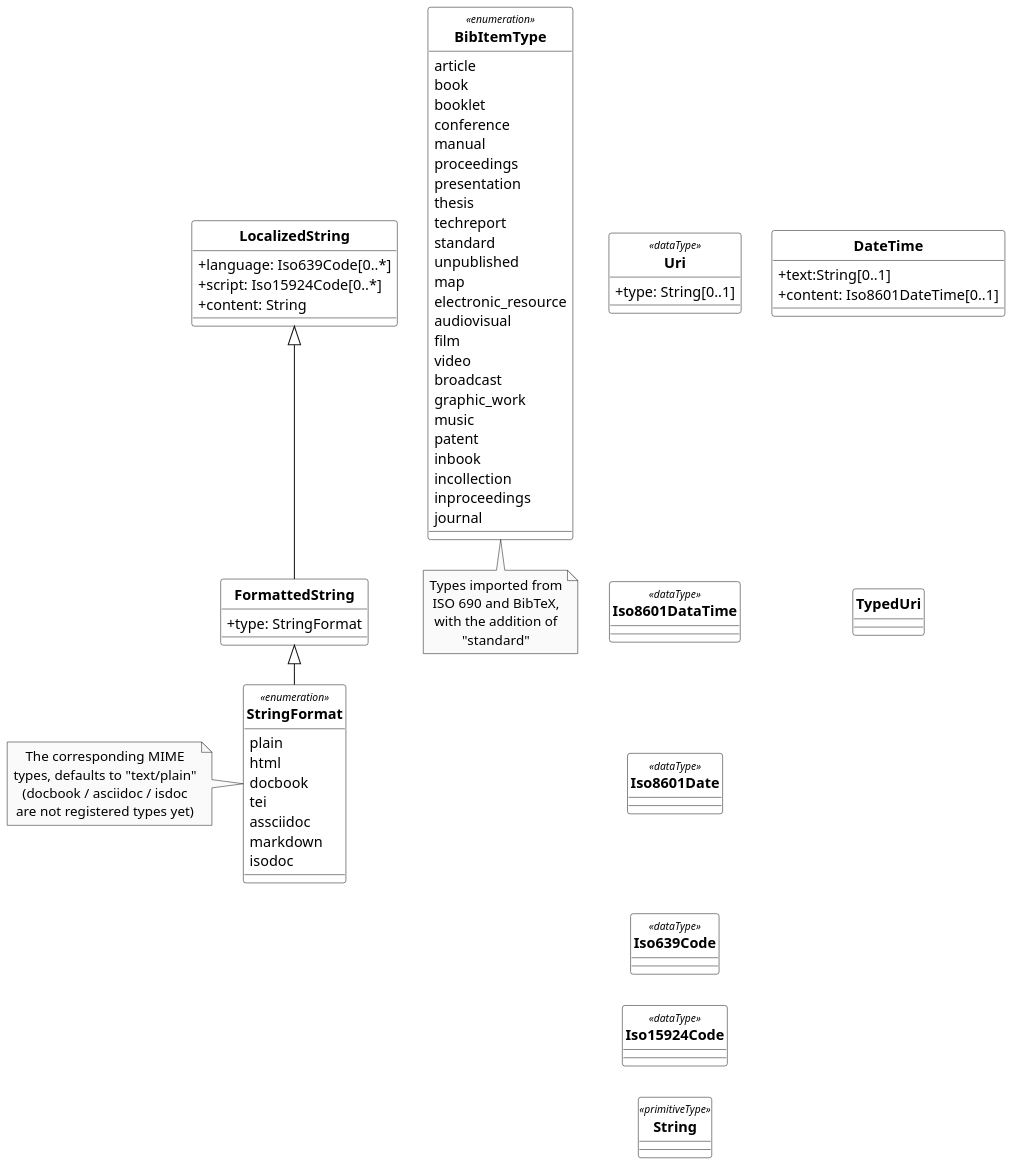
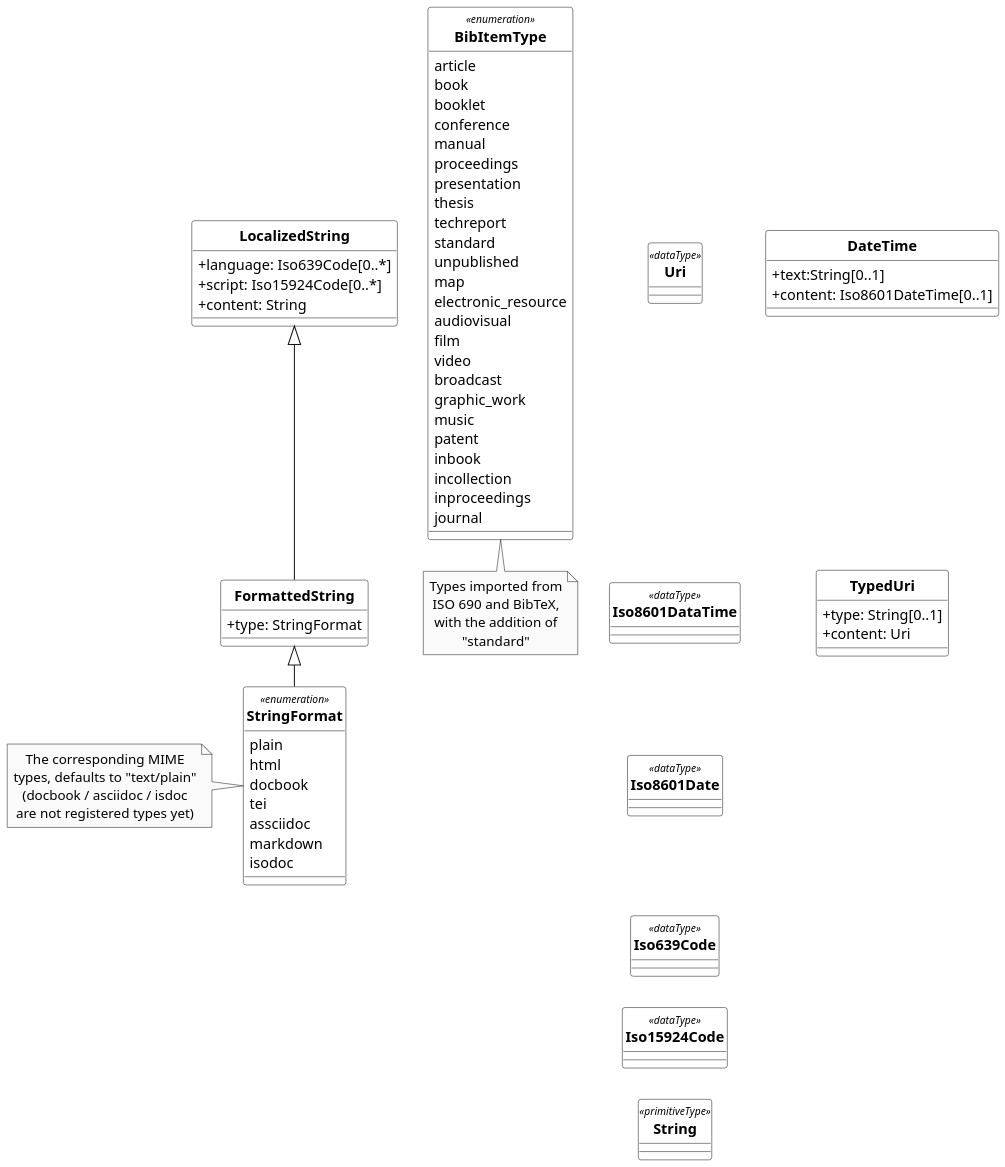
The diagram in models/RelBib_DataTypes.wsd (relaton/relaton-models), drawn with PlantUML before and after one commit. The commit also changed 27 other files, not shown here.

```diff
--- a/models/RelBib_DataTypes.wsd
+++ b/models/RelBib_DataTypes.wsd
@@ -1,178 +1,178 @@
 @startuml RelBib_DataTypes
 /'
 Diagram:        RelBib_Series
 DateCreate:     30/08/2018
 Description:    These bibliographic models are developed to consolidate and standardize the data models used for bibliographic and citation purposes.
                 These models are meant to be fully compatible with ISO 690 and ISO TC 46’s (and SC 4, SC 9) work on bibliography.
                 They are used extensively in the following projects as containers for bibliographic data management and for managing document metadata:
 
                 - ISO Standards
                 - CSD Standards
                 - Chinese Standards (GB and family)
                 - ISO bibliography gem
 
                 Below are the UML diagrams.
                 The document models are expressed as UML and as RelaxNG Compact (RNC) grammars; see discussion under Grammars. This repository contains the RNC grammars for the base BibliographicItem model, Citation model and the Contributor model.
                 The document models are currently used by IsoDoc-based authoring tools for standards, which convert Asciidoctor source to XML representations of the document models, and validate the XML generated against the RNC schemas:
 
                 - https://github.com/riboseinc/asciidoctor-iso
                 - https://github.com/riboseinc/asciidoctor-csd
                 - https://github.com/riboseinc/asciidoctor-gb
 
                 They are also used by tools that render those XML representations of the document models, into HTML and Microsoft Word:
 
                 - https://github.com/riboseinc/isodoc
                 - https://github.com/riboseinc/asciidoctor-csd (inheriting from isodoc)
                 - https://github.com/riboseinc/asciidoctor-gb (inheriting from isodoc)
 
 Hystory of changes:
 > DD/MM/YYYY
     -
     -
 '/
 
 '******* CONFIGURATION ************************************************
 top to bottom direction
 skinparam classAttributeIconSize 0
 skinparam Dpi 150
 skinparam Monochrome true
 skinparam LineType ortho
 skinparam nodesep 30
 skinparam ranksep 30
 hide circle
 /' skinparam CircledCharacterRadius 0 '/
 /' skinparam CircledCharacterFontSize 0 '/
 skinparam Default {
 TextAlignment center
 FontName Helvetica
 }
 skinparam Class {
 AttributeIconSize 0
 BackgroundColor White
 FontStyle bold
 StereotypeFontSize 10
 }
 skinparam Rectangle {
 BackgroundColor White
 FontStyle bold
 FontSize 11
 StereotypeFontSize 10
 }
 skinparam Object {
 BackgroundColor White
 FontStyle bold
 FontSize 11
 StereotypeFontSize 10
 }
 skinparam Entity {
 StereotypeFontSize 10
 }
 
 '******* CLASS DEFINITION *********************************************
 
 together {
 
     class Uri <<dataType>> {
-        +type: String[0..1]
     }
 
     class Iso8601DataTime <<dataType>> {
 
     }
 
     class Iso8601Date <<dataType>> {
 
     }
 
     class Iso639Code <<dataType>> {
 
     }
 
     class Iso15924Code <<dataType>> {
 
     }
 
     class String <<primitiveType>> {
 
     }
 
 }
 
 together {
 
     class DateTime{
         +text:String[0..1]
         +content: Iso8601DateTime[0..1]
     }
 
     class TypedUri{
-
+        +type: String[0..1]
+        +content: Uri
     }
 
 
 }
 
 class LocalizedString{
     +language: Iso639Code[0..*]
     +script: Iso15924Code[0..*]
     +content: String
 }
 
 
 class FormattedString{
     +type: StringFormat
 }
 
 enum StringFormat <<enumeration>>{
     plain
     html
     docbook
     tei
     assciidoc
     markdown
     isodoc
 }
 
 enum BibItemType <<enumeration>>{
     article
     book
     booklet
     conference
     manual
     proceedings
     presentation
     thesis
     techreport
     standard
     unpublished
     map
     electronic_resource
     audiovisual
     film
     video
     broadcast
     graphic_work
     music
     patent
     inbook
     incollection
     inproceedings
     journal
 }
 
 '******* NOTES ********************************************************
 note bottom of BibItemType: Types imported from\nISO 690 and BibTeX,\nwith the addition of\n"standard"
 note left of StringFormat: The corresponding MIME\ntypes, defaults to "text/plain"\n(docbook / asciidoc / isdoc\nare not registered types yet)
 
 '******* CLASS RELATIONS **********************************************
 Uri -[hidden]- Iso8601DataTime
 Iso8601DataTime -[hidden]- Iso8601Date
 Iso8601Date -[hidden]- Iso639Code
 Iso639Code -[hidden]- Iso15924Code
 Iso15924Code -[hidden]- String
 DateTime -[hidden]- TypedUri
 
 LocalizedString <|-- FormattedString
 FormattedString <|-- StringFormat
 
 @enduml
```
